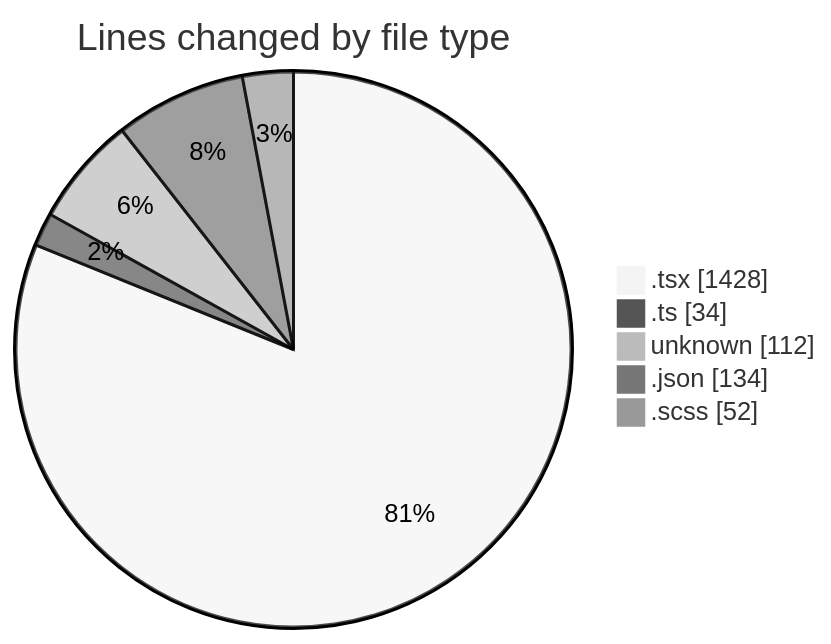
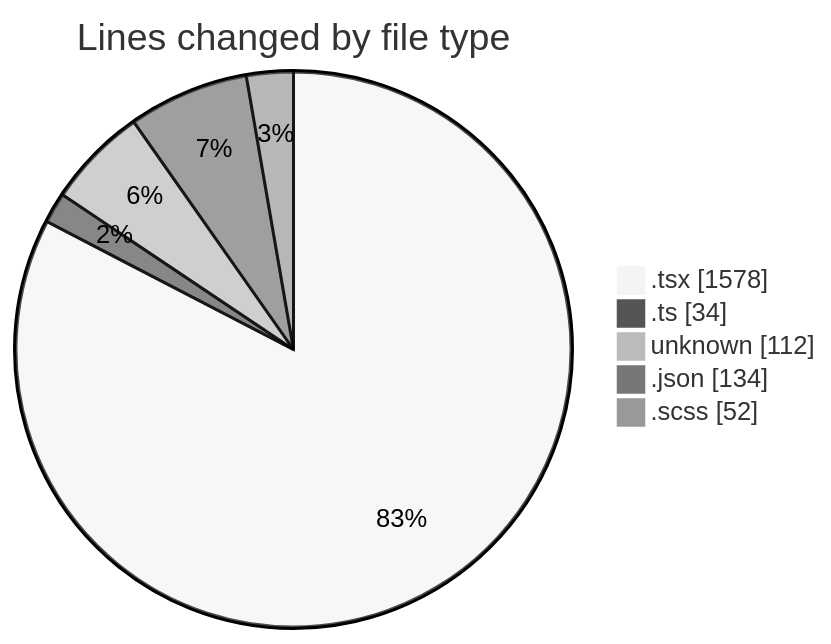
The first of 2 diagrams in 2026-04-28/cda/README.md (momahboobian/code-tracking), drawn with Mermaid (neutral theme) before and after one commit. The commit also changed other lines of this file and 1 other file, not shown here.

````diff
--- a/2026-04-28/cda/README.md
+++ b/2026-04-28/cda/README.md
@@ -34,9 +35,9 @@
 ```mermaid
 pie showData
 title Lines changed by file type
-".tsx" : 1428
+".tsx" : 1578
 ".ts" : 34
 "unknown" : 112
 ".json" : 134
 ".scss" : 52
 ```
````
